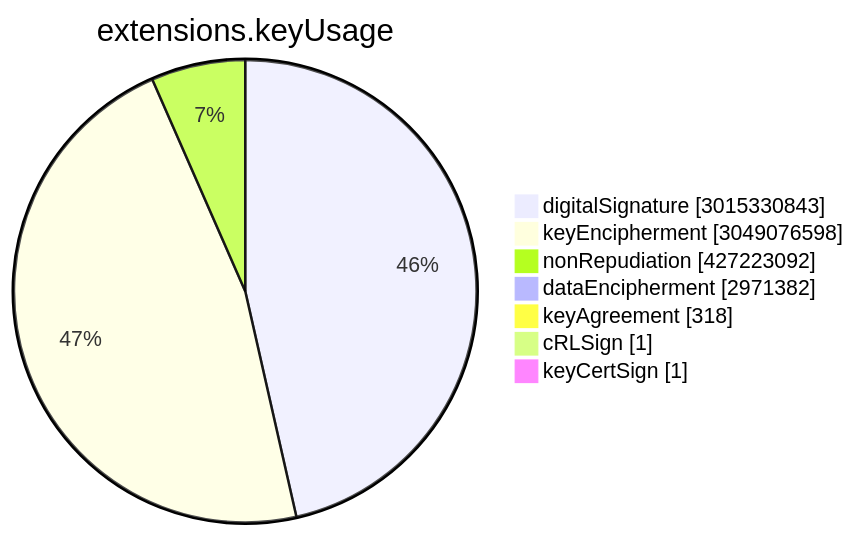
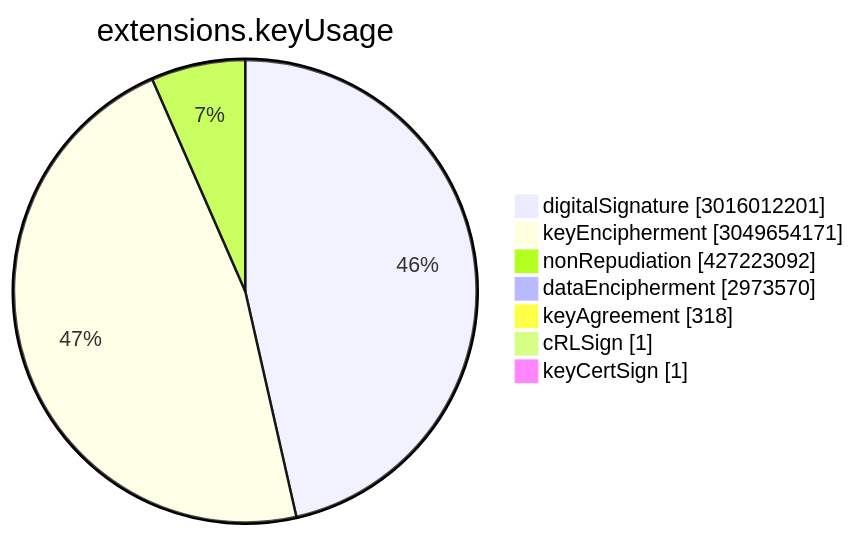
Before and after one commit to christiankrug/ctmonitor_visualization: the sixth of 15 diagrams in TOTAL/README.md, drawn with Mermaid. The commit also changed other lines of this file, not shown here.

````diff
--- a/TOTAL/README.md
+++ b/TOTAL/README.md
@@ -3075,11 +3075,11 @@
 ```mermaid
 pie showData
 title extensions.keyUsage
-"digitalSignature" :3015330843
-"keyEncipherment" :3049076598
+"digitalSignature" :3016012201
+"keyEncipherment" :3049654171
 "nonRepudiation" :427223092
-"dataEncipherment" :2971382
+"dataEncipherment" :2973570
 "keyAgreement" :318
 "cRLSign" :1
 "keyCertSign" :1
 ```
````
